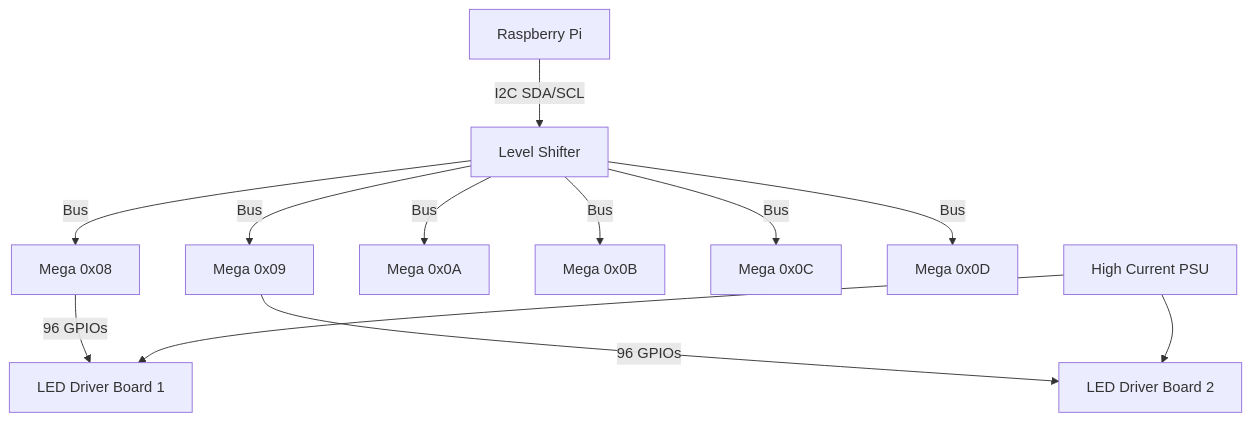
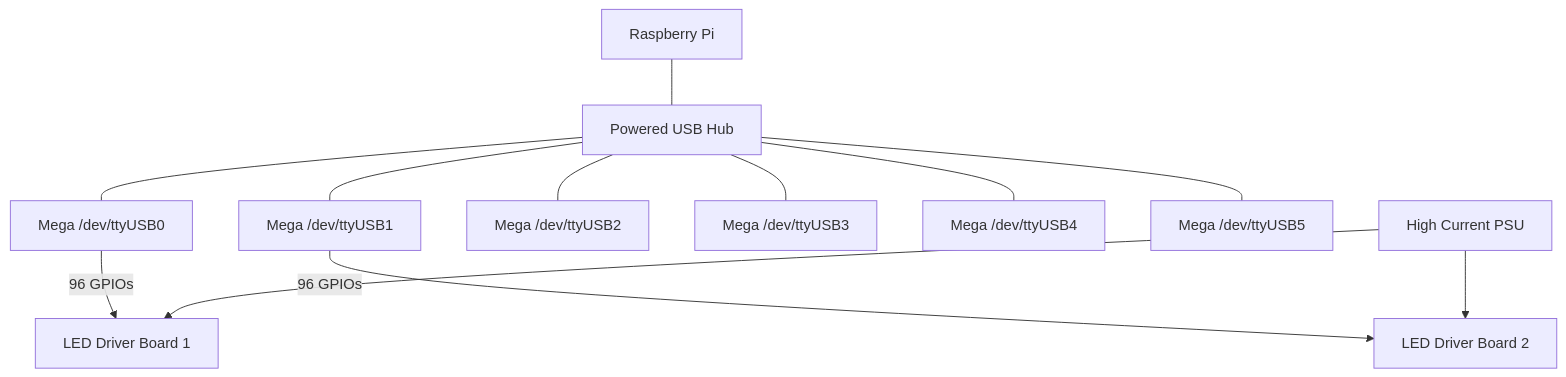
One commit to krausk/desyplan changed the diagram in docs/setup.md. Above: the diagram before and after it, drawn with Mermaid. The commit also changed other lines of this file and 13 other files, not shown here.

````diff
--- a/docs/setup.md
+++ b/docs/setup.md
@@ -41,16 +35,16 @@
 ```mermaid
 graph TD
-    Pi[Raspberry Pi] -->|I2C SDA/SCL| LS[Level Shifter]
-    LS -->|Bus| Mega1[Mega 0x08]
-    LS -->|Bus| Mega2[Mega 0x09]
-    LS -->|Bus| Mega3[Mega 0x0A]
-    LS -->|Bus| Mega4[Mega 0x0B]
-    LS -->|Bus| Mega5[Mega 0x0C]
-    LS -->|Bus| Mega6[Mega 0x0D]
+    Pi[Raspberry Pi] --- Hub[Powered USB Hub]
+    Hub --- Mega1[Mega /dev/ttyUSB0]
+    Hub --- Mega2[Mega /dev/ttyUSB1]
+    Hub --- Mega3[Mega /dev/ttyUSB2]
+    Hub --- Mega4[Mega /dev/ttyUSB3]
+    Hub --- Mega5[Mega /dev/ttyUSB4]
+    Hub --- Mega6[Mega /dev/ttyUSB5]
     
     Mega1 -->|96 GPIOs| Drivers1[LED Driver Board 1]
     Mega2 -->|96 GPIOs| Drivers2[LED Driver Board 2]
     
     PSU[High Current PSU] --> Drivers1
     PSU --> Drivers2
 ```
````
